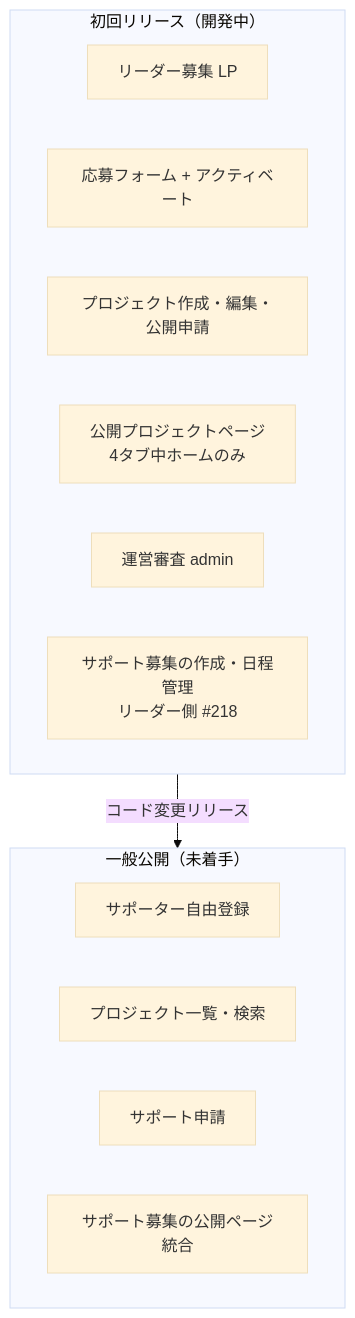
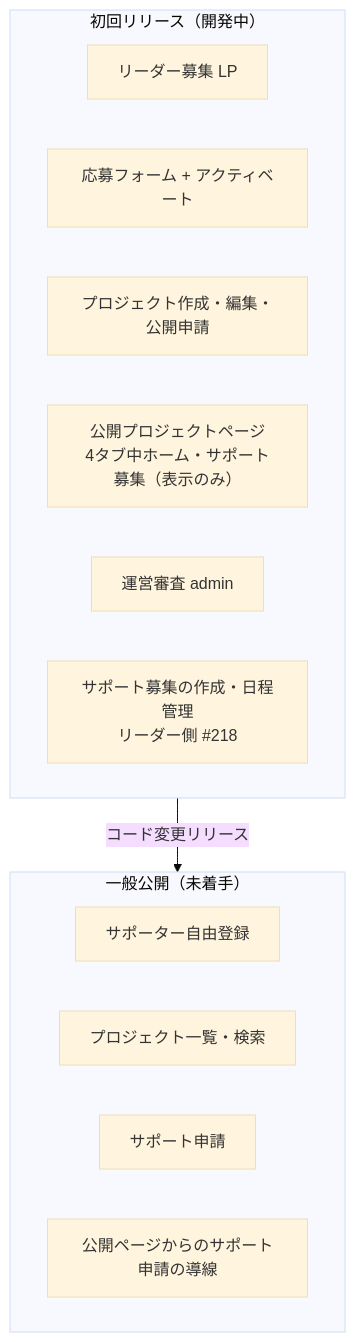
One commit to Physicalfunding/PhysiFun changed the eighth of 8 diagrams in docs/specs/01_system-architecture.md. Above: the diagram before and after it, drawn with Mermaid (base theme). The commit also changed other lines of this file and 2 other files, not shown here.

Commit message:
docs: 公開ページへのサポート募集の表示（#219）を実装状況に反映
Closes #219

Claude-Session: https://claude.ai/code/session_01D3EvUZ29ot2XjzkV6YkcZv

````diff
--- a/docs/specs/01_system-architecture.md
+++ b/docs/specs/01_system-architecture.md
@@ -418,20 +418,20 @@
 ```mermaid
 flowchart TB
     subgraph Initial["初回リリース（開発中）"]
         I1[リーダー募集 LP]
         I2[応募フォーム + アクティベート]
         I3[プロジェクト作成・編集・公開申請]
-        I4[公開プロジェクトページ<br/>4タブ中ホームのみ]
+        I4[公開プロジェクトページ<br/>4タブ中ホーム・サポート募集（表示のみ）]
         I5[運営審査 admin]
         I6[サポート募集の作成・日程管理<br/>リーダー側 #218]
     end
 
     subgraph Public["一般公開（未着手）"]
         G1[サポーター自由登録]
         G2[プロジェクト一覧・検索]
         G3[サポート申請]
-        G4[サポート募集の公開ページ統合]
+        G4[公開ページからのサポート申請の導線]
     end
 
     Initial -->|コード変更リリース| Public
 ```
````
